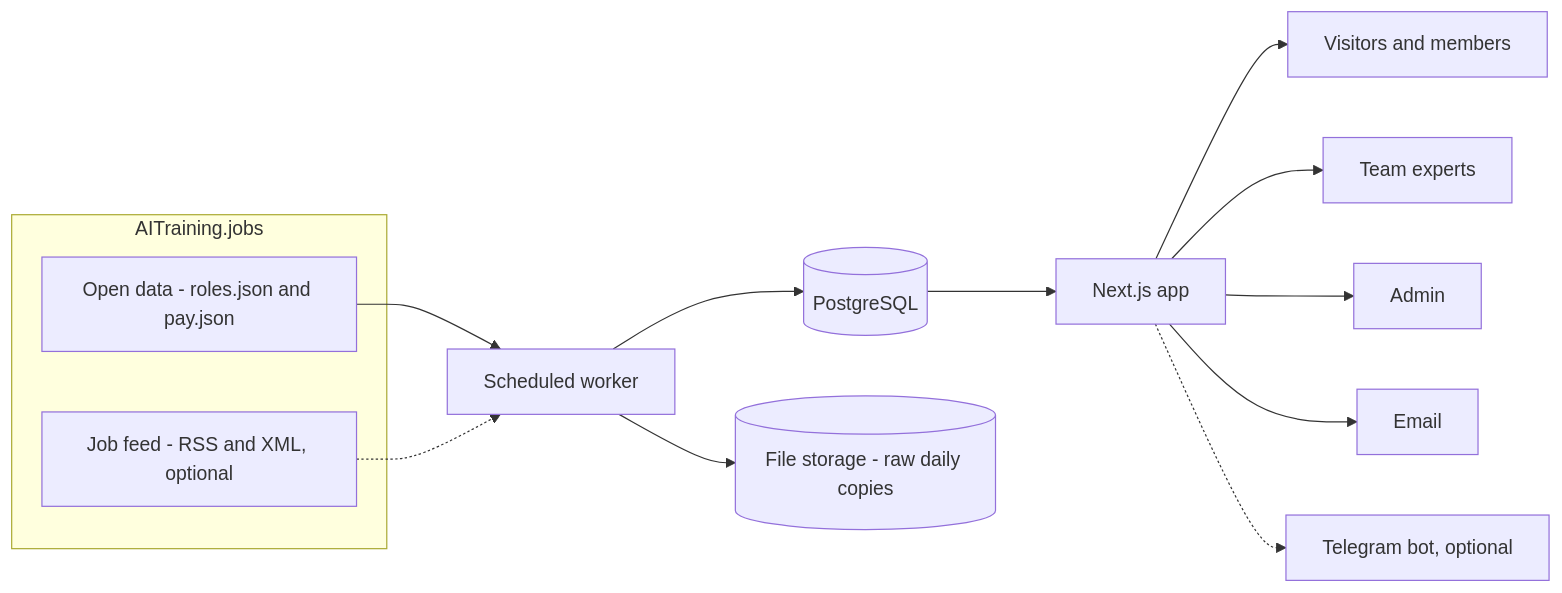
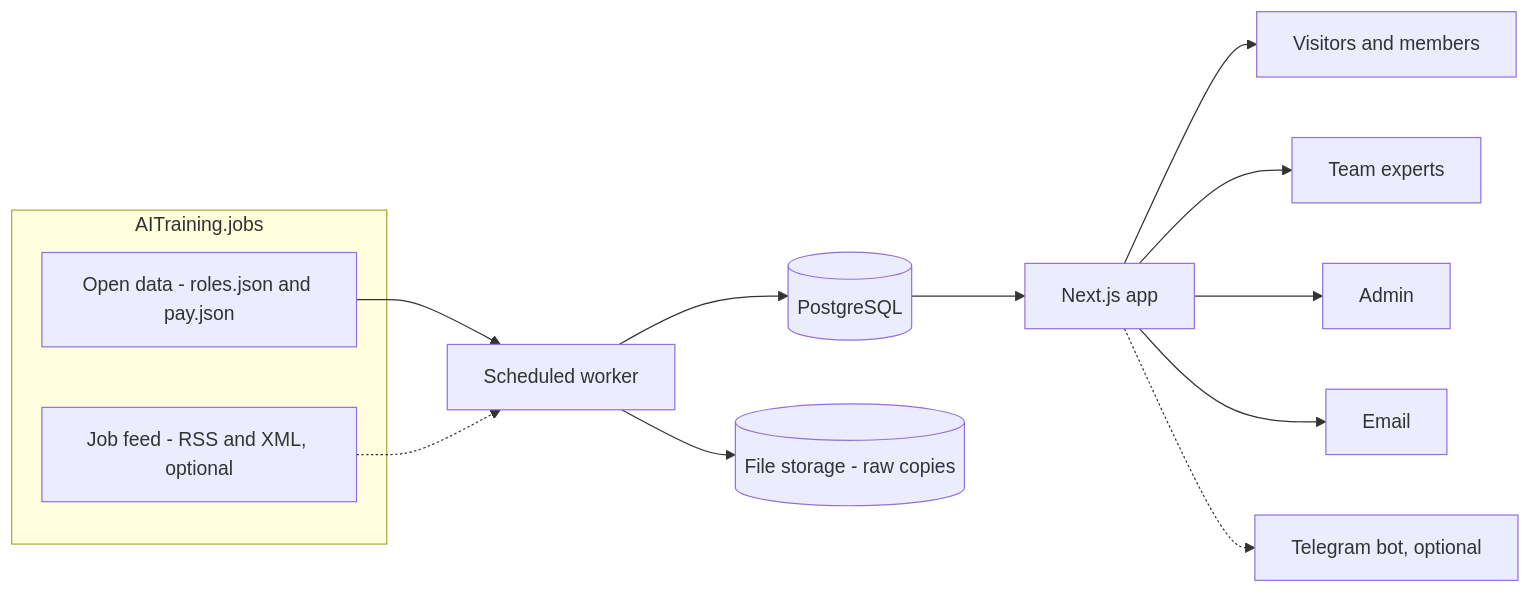
The first of 3 diagrams in docs/system-design-v3.md (blueskylover5/ai-training-platform), drawn with Mermaid before and after one commit. The commit also changed other lines of this file and 25 other files, not shown here.

````diff
--- a/docs/system-design-v3.md
+++ b/docs/system-design-v3.md
@@ -99,17 +100,17 @@
 ```mermaid
 flowchart LR
   subgraph AITJ[AITraining.jobs]
     OD[Open data - roles.json and pay.json]
     FEED[Job feed - RSS and XML, optional]
   end
   OD --> W[Scheduled worker]
   FEED -.-> W
   W --> DB[(PostgreSQL)]
-  W --> RAW[(File storage - raw daily copies)]
+  W --> RAW[(File storage - raw copies)]
   DB --> WEB[Next.js app]
   WEB --> V[Visitors and members]
   WEB --> EXP[Team experts]
   WEB --> ADM[Admin]
   WEB --> MAIL[Email]
   WEB -.-> TG[Telegram bot, optional]
 ```
````
